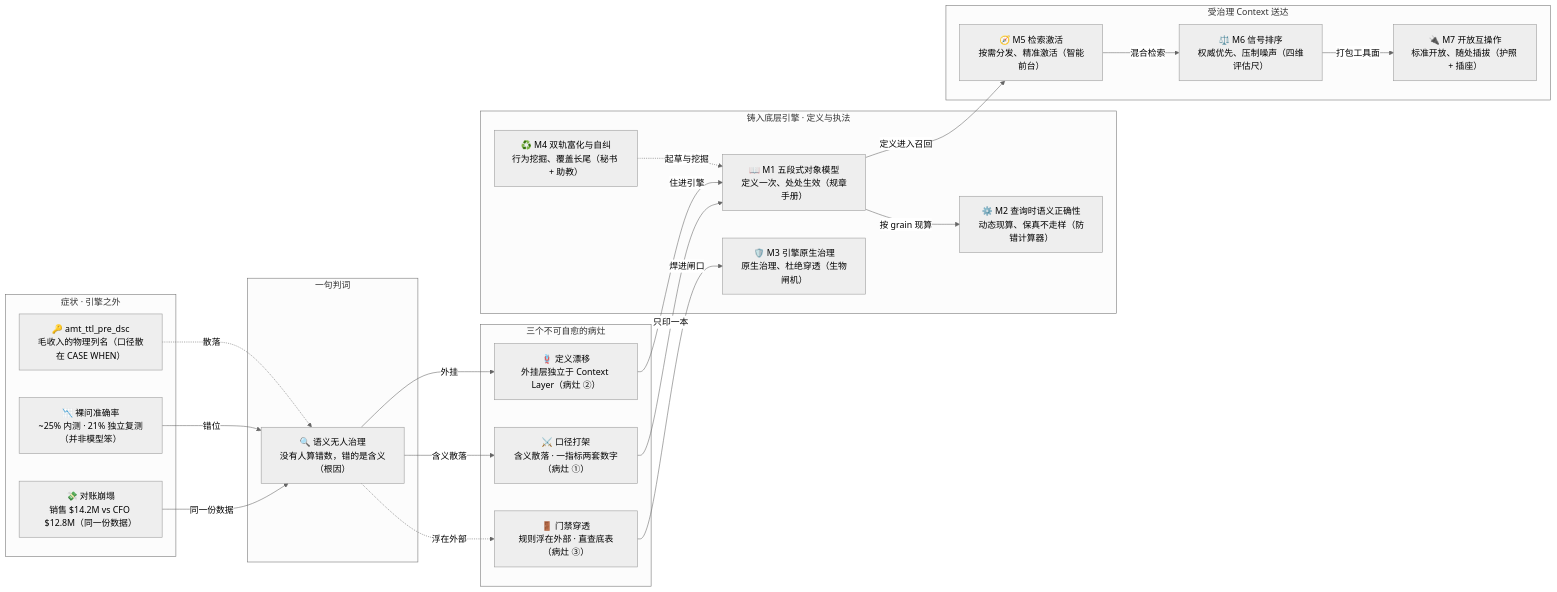
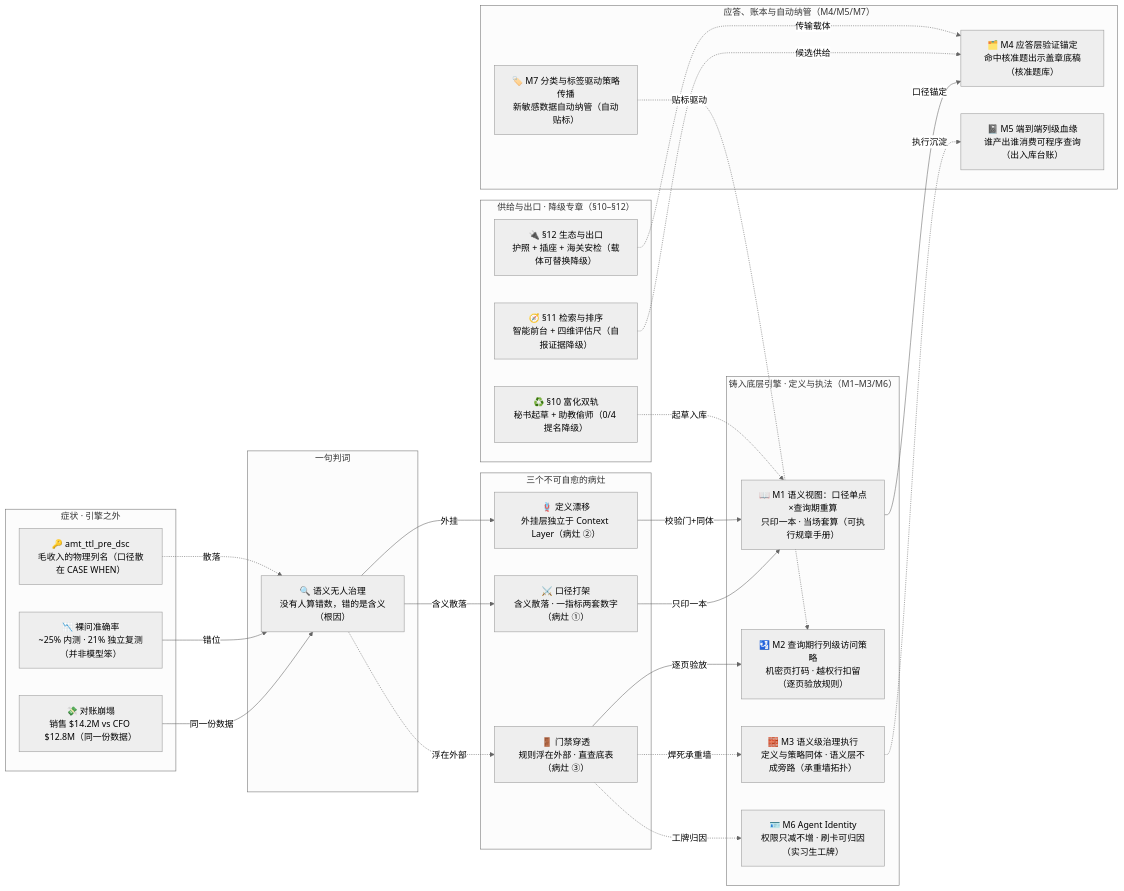
One commit to ThreeFish-AI/negentropy changed the diagram in docs/assets/mermaid/cognitive-context/horizon-context--problem-to-mechanisms.mmd. Above: the diagram before and after it, drawn with Mermaid (neutral theme). The commit also changed 49 other files, not shown here.

First line of the commit message:
docs(horizon-context): M 集全局重评选校准——治理族四席晋级、VQR/血缘/Agent Identity 升格、富化/检索/互操作降级专章 (#1149)

```diff
--- a/docs/assets/mermaid/cognitive-context/horizon-context--problem-to-mechanisms.mmd
+++ b/docs/assets/mermaid/cognitive-context/horizon-context--problem-to-mechanisms.mmd
@@ -1,44 +1,52 @@
-%%source: docs/research/cognitive-context/011-horizon-context.md#block1 (L31-L74, §1 Horizon Context 解决了什么问题？)
+%%source: docs/research/cognitive-context/011-horizon-context.md#block1 (L36-L84, §1 Horizon Context 解决了什么问题？)
 %%slug: cognitive-context/horizon-context--problem-to-mechanisms
 %%type: dataflow
 %%derived: archify dataflow v1, authored from source mermaid
-%% fix: (2026-09-17 新绘) §1 原文无 mermaid 块，本图为新创作（非原文抽取），mmd 为出货图逐字镜像。取证外延（§1 之外的行号）：L138（M1+M2 成形封堵口径打架与跨粒度扇形陷阱）· L144（治理规则从表级下沉至语义层）· L207（语义视图即元数据，与数据同库同治理）· L591/L593/L594（§12 批判性边界，由结论卡承载不入图面）· L600（§13.1 外挂层对账两套系统→漂移）。对位口径：口径打架↔M1、门禁穿透↔M3 为词面对位（L57↔L67、L59↔L69 同词反义），非原文因果句；定义漂移无专属机制条目，由 L63「铸入底层引擎」兑现；图省略 M2 与 M4–M7 同三病灶的一切连线（全文零出处）。机制簇内部边镜像 §2.1 组件全景图：AP/CS→SV（M4→M1）· SV→QE（M1→M2）· SV→US（M1→M5）· US→RK（M5→M6）· RK→MCP（M6→M7）
+%% fix: (2026-09-18 随合并适配重评选) 机制节点按 2026-09-17 重评选新 M 集重排：病灶①②→M1（口径单点+校验门，双不变量），病灶③→M2 逐页验放 + M3 承重墙拓扑 + M6 工牌归因三面合围；原独立「查询时语义正确性」并入 M1，原富化/检索/互操作降为 §10–§12 专章节点（0/4 提名、自报证据、载体可替换）；M4=应答层验证锚定（VQR）、M5=端到端血缘（对账崩塌的事后答案）、M7=分类贴标驱动验放。图省略与新三病灶无词面/因果连线的其余连线（全文零出处）。
 flowchart LR
     subgraph "症状 · 引擎之外"
         S1["💸 对账崩塌<br/>销售 $14.2M vs CFO $12.8M（同一份数据）"]
         S2["📉 裸问准确率<br/>~25% 内测 · 21% 独立复测（并非模型笨）"]
         S3["🔑 amt_ttl_pre_dsc<br/>毛收入的物理列名（口径散在 CASE WHEN）"]
     end
     subgraph "一句判词"
         RC["🔍 语义无人治理<br/>没有人算错数，错的是含义（根因）"]
     end
     subgraph "三个不可自愈的病灶"
         P1["⚔️ 口径打架<br/>含义散落 · 一指标两套数字（病灶 ①）"]
         P2["🪢 定义漂移<br/>外挂层独立于 Context Layer（病灶 ②）"]
         P3["🚪 门禁穿透<br/>规则浮在外部 · 直查底表（病灶 ③）"]
     end
-    subgraph "铸入底层引擎 · 定义与执法"
-        M4["♻️ M4 双轨富化与自纠<br/>行为挖掘、覆盖长尾（秘书 + 助教）"]
-        M1["📖 M1 五段式对象模型<br/>定义一次、处处生效（规章手册）"]
-        M2["⚙️ M2 查询时语义正确性<br/>动态现算、保真不走样（防错计算器）"]
-        M3["🛡️ M3 引擎原生治理<br/>原生治理、杜绝穿透（生物闸机）"]
+    subgraph "铸入底层引擎 · 定义与执法（M1–M3/M6）"
+        M1["📖 M1 语义视图：口径单点×查询期重算<br/>只印一本 · 当场套算（可执行规章手册）"]
+        M2["🛂 M2 查询期行列级访问策略<br/>机密页打码 · 越权行扣留（逐页验放规则）"]
+        M3["🧱 M3 语义级治理执行<br/>定义与策略同体 · 语义层不成旁路（承重墙拓扑）"]
+        M6["🪪 M6 Agent Identity<br/>权限只减不增 · 刷卡可归因（实习生工牌）"]
     end
-    subgraph "受治理 Context 送达"
-        M5["🧭 M5 检索激活<br/>按需分发、精准激活（智能前台）"]
-        M6["⚖️ M6 信号排序<br/>权威优先、压制噪声（四维评估尺）"]
-        M7["🔌 M7 开放互操作<br/>标准开放、随处插拔（护照 + 插座）"]
+    subgraph "应答、账本与自动纳管（M4/M5/M7）"
+        M4["🗂️ M4 应答层验证锚定<br/>命中核准题出示盖章底稿（核准题库）"]
+        M5["📓 M5 端到端列级血缘<br/>谁产出谁消费可程序查询（出入库台账）"]
+        M7["🏷️ M7 分类与标签驱动策略传播<br/>新敏感数据自动纳管（自动贴标）"]
+    end
+    subgraph "供给与出口 · 降级专章（§10–§12）"
+        F10["♻️ §10 富化双轨<br/>秘书起草 + 助教偷师（0/4 提名降级）"]
+        F11["🧭 §11 检索与排序<br/>智能前台 + 四维评估尺（自报证据降级）"]
+        F12["🔌 §12 生态与出口<br/>护照 + 插座 + 海关安检（载体可替换降级）"]
     end
     S1 -->|"同一份数据"| RC
     S2 -->|"错位"| RC
     S3 -.->|"散落"| RC
     RC -->|"含义散落"| P1
     RC -->|"外挂"| P2
     RC -.->|"浮在外部"| P3
     P1 -->|"只印一本"| M1
-    P2 -->|"住进引擎"| M1
-    P3 -->|"焊进闸口"| M3
-    M4 -.->|"起草与挖掘"| M1
-    M1 -->|"按 grain 现算"| M2
-    M1 -->|"定义进入召回"| M5
-    M5 -->|"混合检索"| M6
-    M6 -->|"打包工具面"| M7
+    P2 -->|"校验门+同体"| M1
+    P3 -->|"逐页验放"| M2
+    P3 -.->|"焊死承重墙"| M3
+    P3 -.->|"工牌归因"| M6
+    F10 -.->|"起草入库"| M1
+    M7 -.->|"贴标驱动"| M2
+    M1 -->|"口径锚定"| M4
+    M3 -.->|"执行沉淀"| M5
+    F11 -.->|"候选供给"| M4
+    F12 -.->|"传输载体"| M4
```
